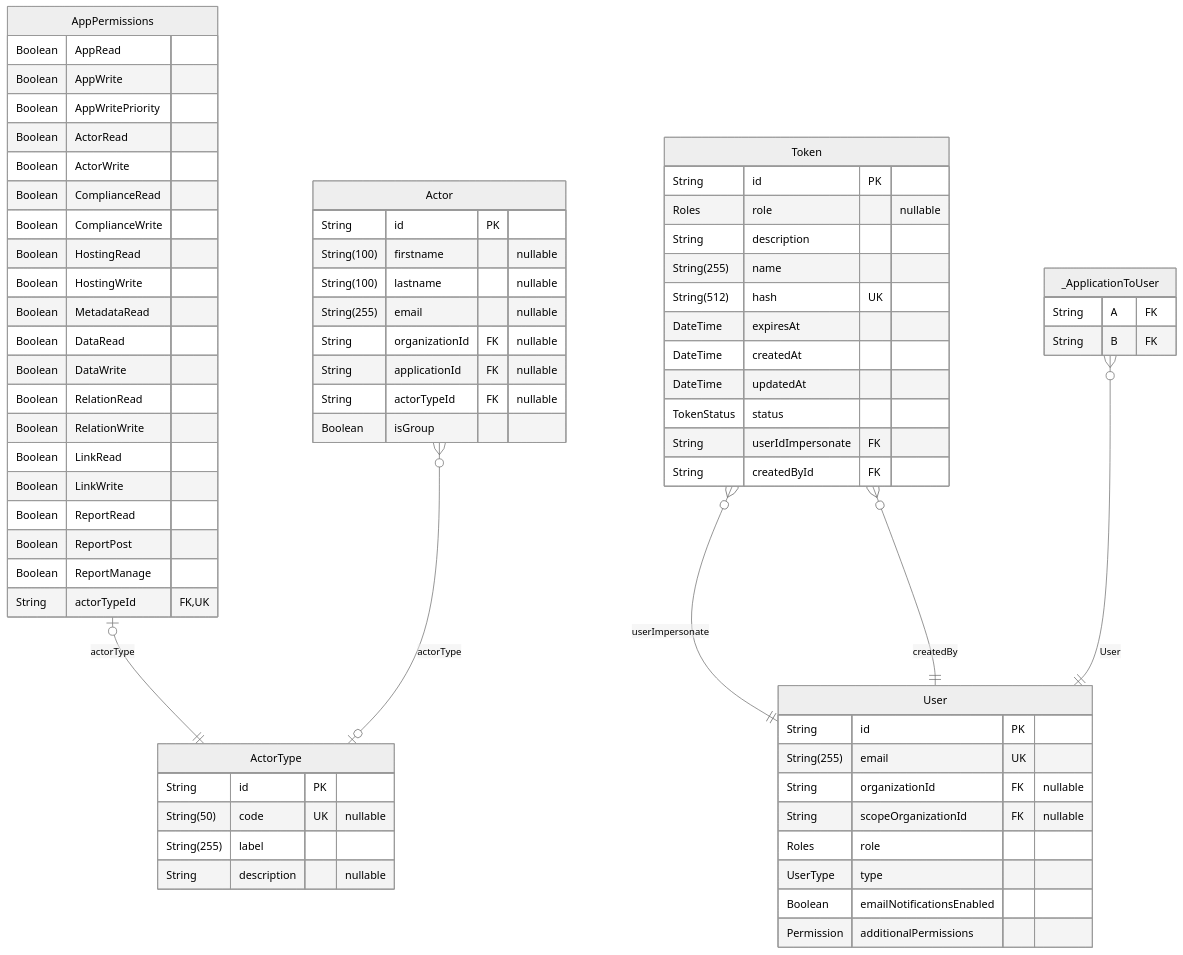
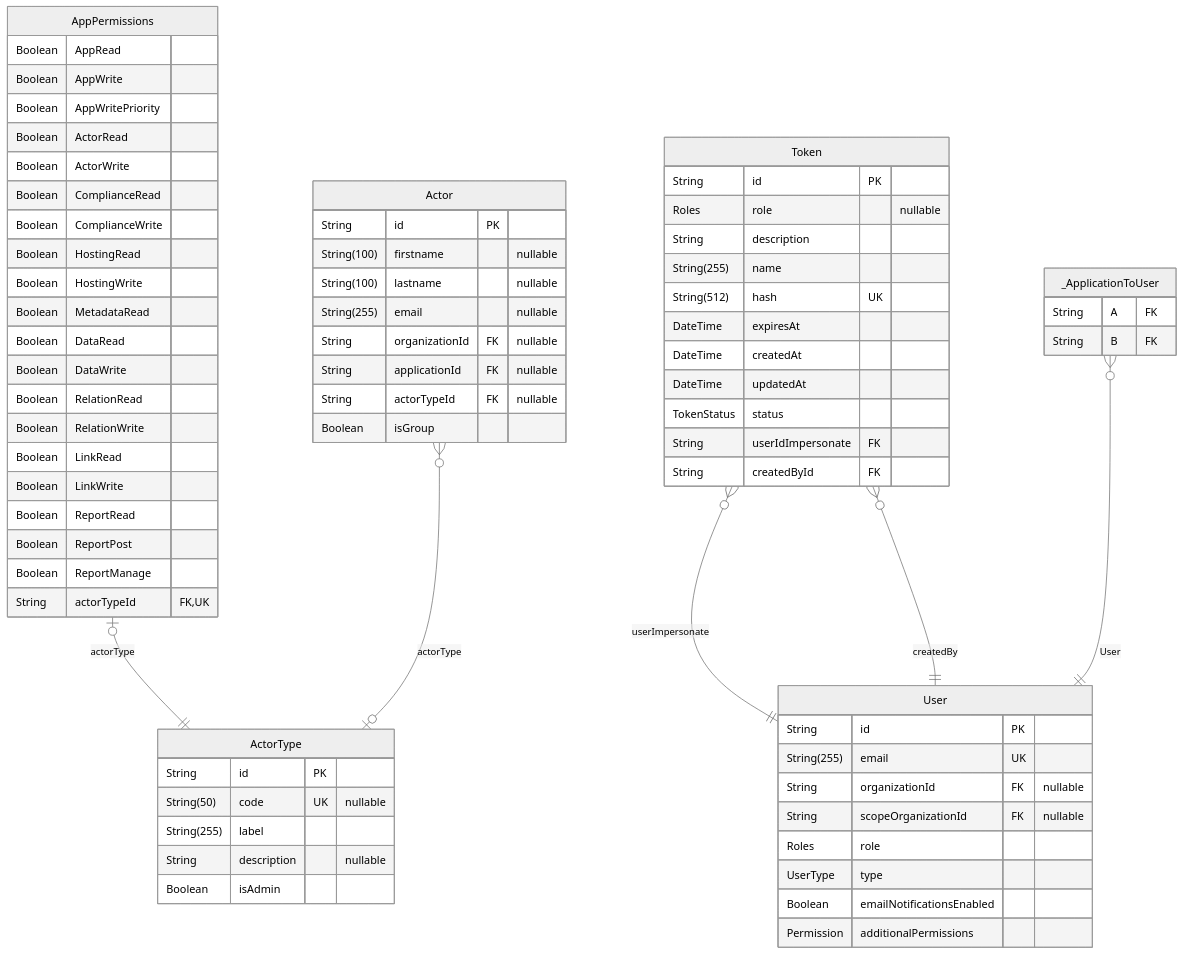
Before and after one commit to dnum-mi/referentiel-applications: diagram 11 of 15 in backend/prisma/docs/schema.md, drawn with Mermaid (neutral theme). The commit also changed other lines of this file and 2 other files, not shown here.

````diff
--- a/backend/prisma/docs/schema.md
+++ b/backend/prisma/docs/schema.md
@@ -768,73 +768,74 @@
 ```mermaid
 erDiagram
 "AppPermissions" {
   Boolean AppRead
   Boolean AppWrite
   Boolean AppWritePriority
   Boolean ActorRead
   Boolean ActorWrite
   Boolean ComplianceRead
   Boolean ComplianceWrite
   Boolean HostingRead
   Boolean HostingWrite
   Boolean MetadataRead
   Boolean DataRead
   Boolean DataWrite
   Boolean RelationRead
   Boolean RelationWrite
   Boolean LinkRead
   Boolean LinkWrite
   Boolean ReportRead
   Boolean ReportPost
   Boolean ReportManage
   String actorTypeId FK,UK
 }
 "Token" {
   String id PK
   Roles role "nullable"
   String description
   String(255) name
   String(512) hash UK
   DateTime expiresAt
   DateTime createdAt
   DateTime updatedAt
   TokenStatus status
   String userIdImpersonate FK
   String createdById FK
 }
 "User" {
   String id PK
   String(255) email UK
   String organizationId FK "nullable"
   String scopeOrganizationId FK "nullable"
   Roles role
   UserType type
   Boolean emailNotificationsEnabled
   Permission additionalPermissions
 }
 "Actor" {
   String id PK
   String(100) firstname "nullable"
   String(100) lastname "nullable"
   String(255) email "nullable"
   String organizationId FK "nullable"
   String applicationId FK "nullable"
   String actorTypeId FK "nullable"
   Boolean isGroup
 }
 "ActorType" {
   String id PK
   String(50) code UK "nullable"
   String(255) label
   String description "nullable"
+  Boolean isAdmin
 }
 "_ApplicationToUser" {
   String A FK
   String B FK
 }
 "AppPermissions" |o--|| "ActorType" : actorType
 "Token" }o--|| "User" : userImpersonate
 "Token" }o--|| "User" : createdBy
 "Actor" }o--o| "ActorType" : actorType
 "_ApplicationToUser" }o--|| "User" : User
 ```
````
